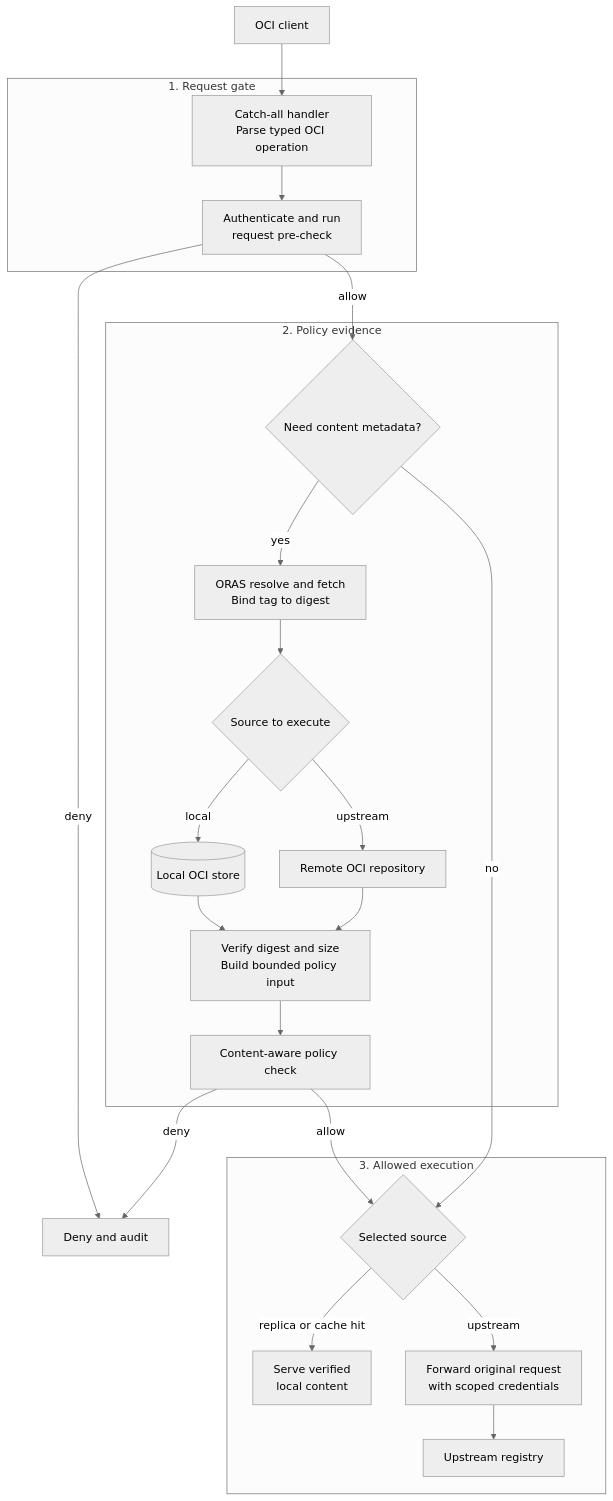
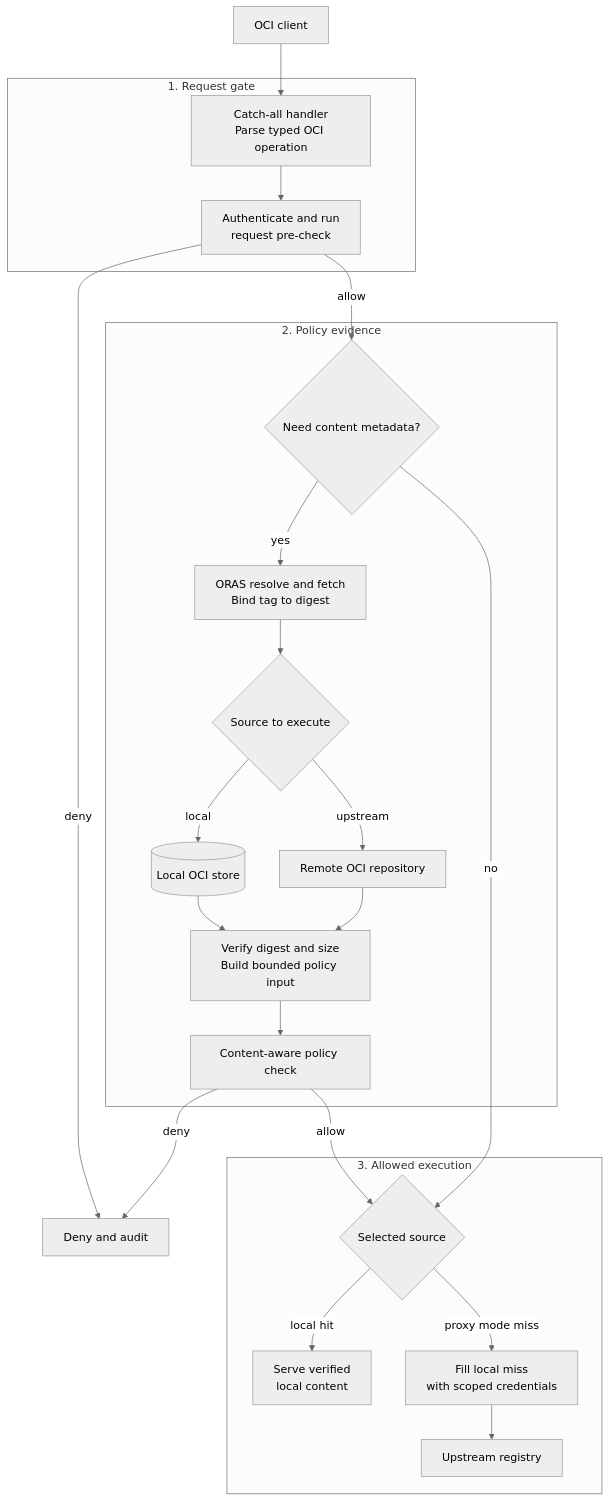
One commit to container-registry/harbor-satellite changed the first of 2 diagrams in docs/decisions/0009-transparent-oci-registry-proxy.md. Above: the diagram before and after it, drawn with Mermaid (neutral theme). The commit also changed other lines of this file and 34 other files, not shown here.

````diff
--- a/docs/decisions/0009-transparent-oci-registry-proxy.md
+++ b/docs/decisions/0009-transparent-oci-registry-proxy.md
@@ -94,47 +94,47 @@
 ```mermaid
 flowchart TB
     Client[OCI client]
 
     subgraph Gate[1. Request gate]
         Parse[Catch-all handler<br/>Parse typed OCI operation]
         Pre[Authenticate and run<br/>request pre-check]
         Parse --> Pre
     end
 
     subgraph Evidence[2. Policy evidence]
         Need{Need content metadata?}
         Resolve[ORAS resolve and fetch<br/>Bind tag to digest]
         MetadataSource{Source to execute}
         LocalMeta[(Local OCI store)]
         RemoteMeta[Remote OCI repository]
         Verify[Verify digest and size<br/>Build bounded policy input]
         Admit[Content-aware policy check]
 
         Need -->|yes| Resolve
         Resolve --> MetadataSource
         MetadataSource -->|local| LocalMeta
         MetadataSource -->|upstream| RemoteMeta
         LocalMeta --> Verify
         RemoteMeta --> Verify
         Verify --> Admit
     end
 
     subgraph Execute[3. Allowed execution]
         Source{Selected source}
         LocalRead[Serve verified<br/>local content]
-        Forward[Forward original request<br/>with scoped credentials]
+        Forward[Fill local miss<br/>with scoped credentials]
         Upstream[Upstream registry]
 
-        Source -->|replica or cache hit| LocalRead
-        Source -->|upstream| Forward --> Upstream
+        Source -->|local hit| LocalRead
+        Source -->|proxy mode miss| Forward --> Upstream
     end
 
     Deny[Deny and audit]
 
     Client --> Parse
     Pre -->|deny| Deny
     Pre -->|allow| Need
     Need -->|no| Source
     Admit -->|deny| Deny
     Admit -->|allow| Source
 ```
````
